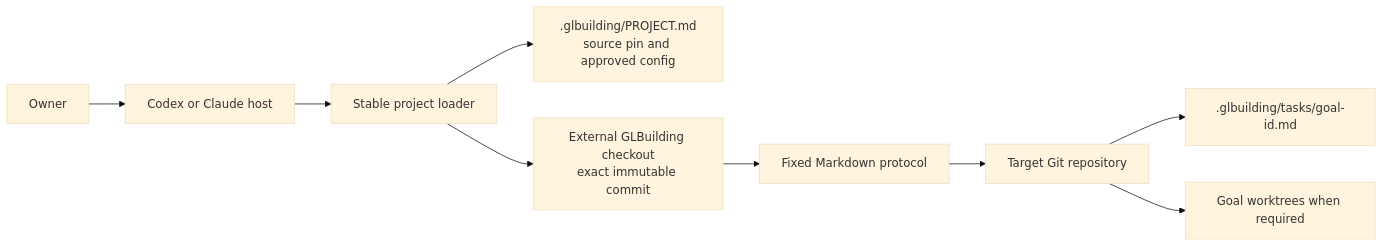
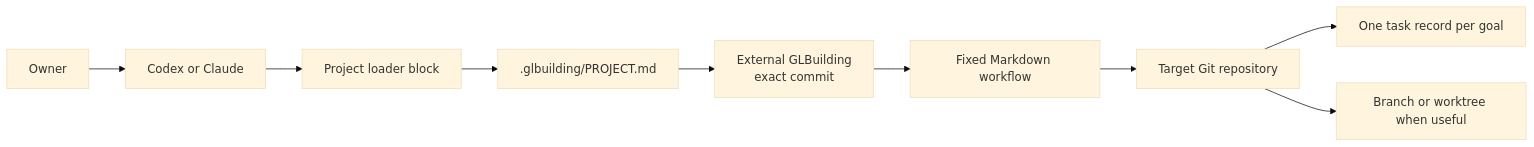
Before and after one commit to divyekant/Olympus: the second of 5 diagrams in docs/WHITEPAPER.md, drawn with Mermaid (base theme). The commit also changed other lines of this file and 16 other files, not shown here.

````diff
--- a/docs/WHITEPAPER.md
+++ b/docs/WHITEPAPER.md
@@ -34,11 +43,11 @@
 ```mermaid
 flowchart LR
-    Owner --> Host[Codex or Claude host]
-    Host --> Loader[Stable project loader]
-    Loader --> Project[.glbuilding/PROJECT.md<br/>source pin and approved config]
-    Loader --> Pack[External GLBuilding checkout<br/>exact immutable commit]
-    Pack --> Graph[Fixed Markdown protocol]
-    Graph --> Repo[Target Git repository]
-    Repo --> Tasks[.glbuilding/tasks/goal-id.md]
-    Repo --> Trees[Goal worktrees when required]
+    Owner --> Host[Codex or Claude]
+    Host --> Loader[Project loader block]
+    Loader --> Project[.glbuilding/PROJECT.md]
+    Project --> Pack[External GLBuilding<br/>exact commit]
+    Pack --> Flow[Fixed Markdown workflow]
+    Flow --> Repo[Target Git repository]
+    Repo --> Tasks[One task record per goal]
+    Repo --> Trees[Branch or worktree when useful]
 ```
````
